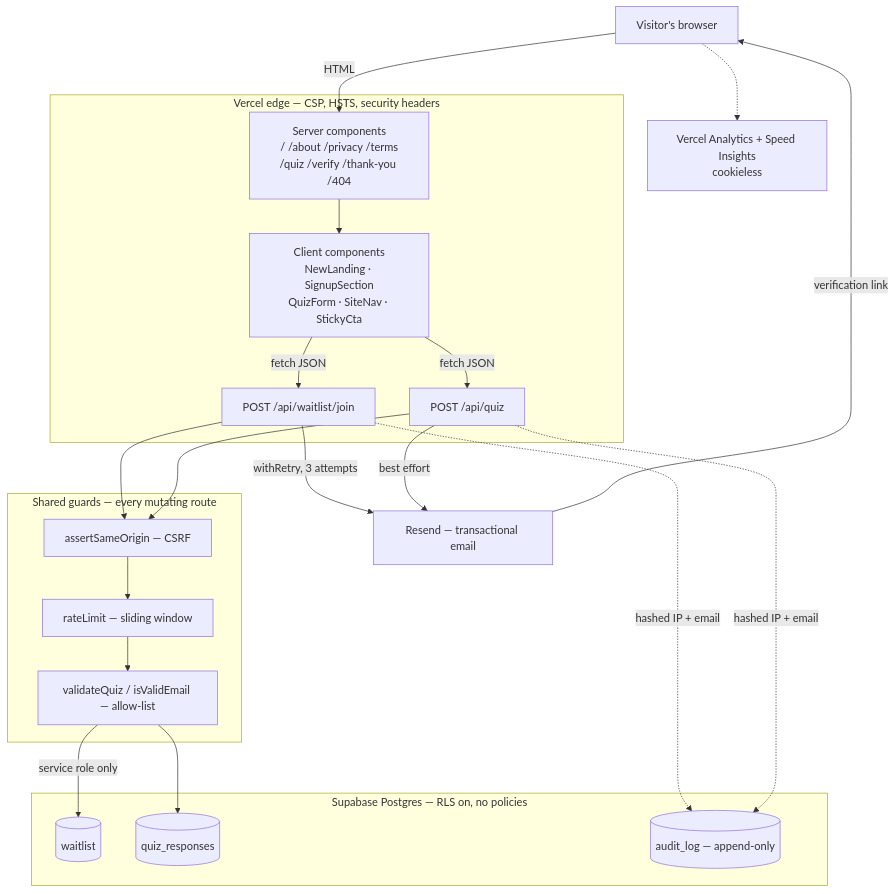
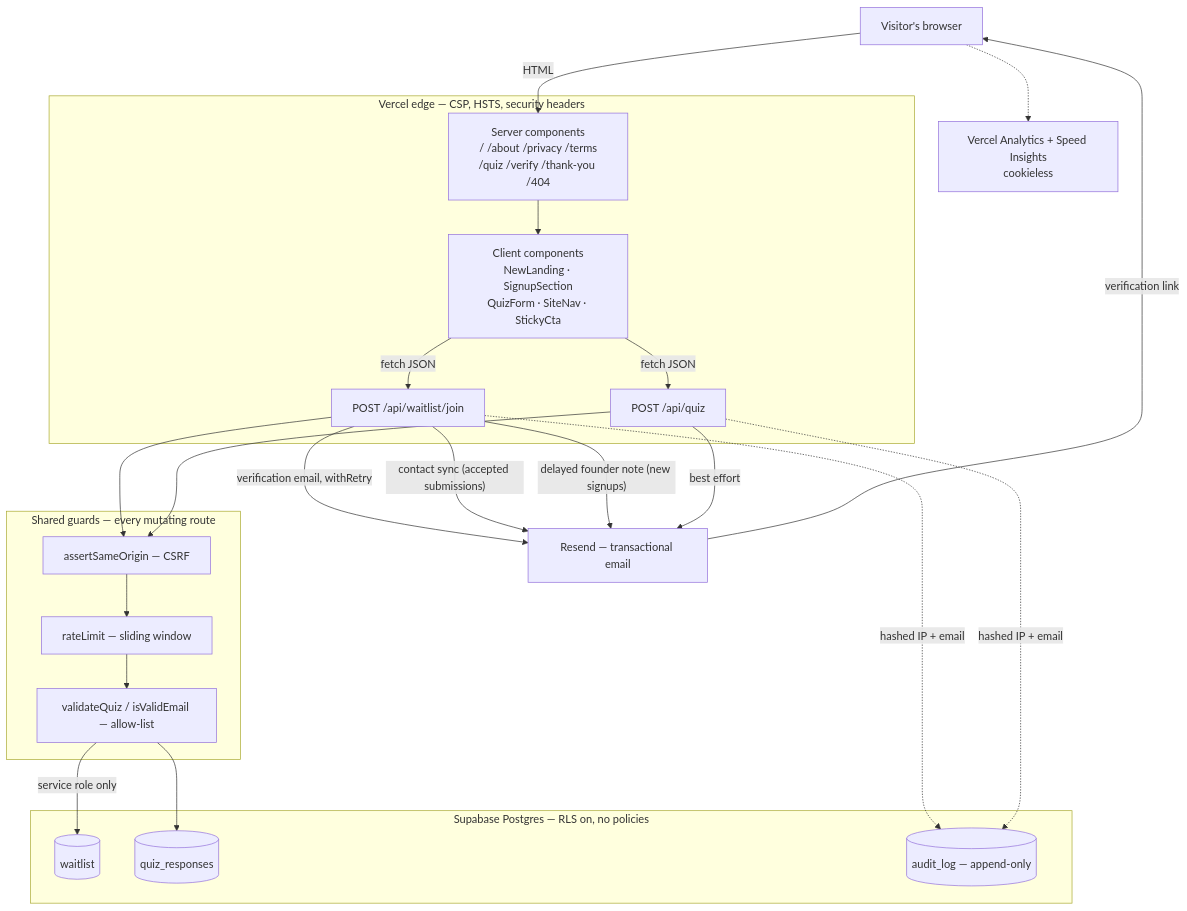
One commit to Anakinskywalker-14bby/AetherSkin changed the first of 2 diagrams in docs/ARCHITECTURE.md. Above: the diagram before and after it, drawn with Mermaid. The commit also changed other lines of this file and 52 other files, not shown here.

First line of the commit message:
Fix waitlist position leak, retry Resend contact sync, install security skills

````diff
--- a/docs/ARCHITECTURE.md
+++ b/docs/ARCHITECTURE.md
@@ -8,41 +8,43 @@
 ```mermaid
 flowchart TD
     V["Visitor's browser"]
 
     subgraph VER["Vercel edge — CSP, HSTS, security headers"]
         RSC["Server components<br/>/ /about /privacy /terms<br/>/quiz /verify /thank-you /404"]
         CLI["Client components<br/>NewLanding · SignupSection<br/>QuizForm · SiteNav · StickyCta"]
         J["POST /api/waitlist/join"]
         Q["POST /api/quiz"]
     end
 
     subgraph GUARD["Shared guards — every mutating route"]
         G1["assertSameOrigin — CSRF"]
         G2["rateLimit — sliding window"]
         G3["validateQuiz / isValidEmail — allow-list"]
     end
 
     subgraph SUP["Supabase Postgres — RLS on, no policies"]
         W[("waitlist")]
         QR[("quiz_responses")]
         AL[("audit_log — append-only")]
     end
 
     R["Resend — transactional email"]
     AN["Vercel Analytics + Speed Insights<br/>cookieless"]
 
     V -->|HTML| RSC
     RSC --> CLI
     CLI -->|"fetch JSON"| J
     CLI -->|"fetch JSON"| Q
     J --> G1 --> G2 --> G3
     Q --> G1
     G3 -->|"service role only"| W
     G3 --> QR
     J -.->|"hashed IP + email"| AL
     Q -.->|"hashed IP + email"| AL
-    J -->|"withRetry, 3 attempts"| R
+    J -->|"verification email, withRetry"| R
+    J -->|"contact sync (accepted submissions)"| R
+    J -->|"delayed founder note (new signups)"| R
     Q -->|"best effort"| R
     R -->|"verification link"| V
     V -.-> AN
 ```
````
